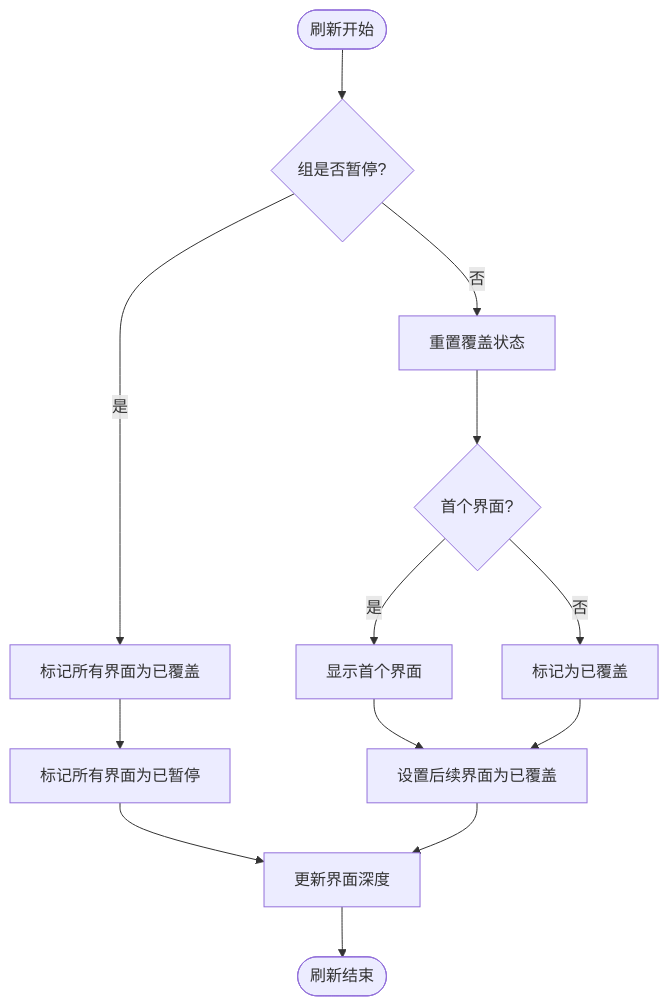
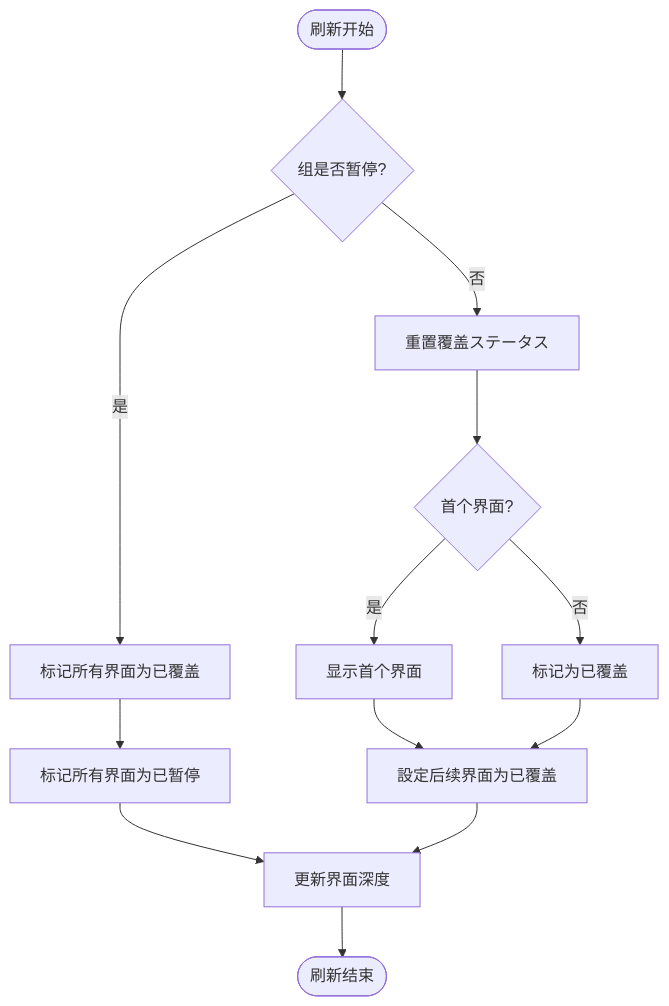
Before and after one commit to AlianBlank/GameFrameX.Docs: the second of 3 diagrams in docs/ja/client/unity/component/ui/14.iuigroup-api.md, drawn with Mermaid. The commit also changed other lines of this file and 603 other files, not shown here.

````diff
--- a/docs/ja/client/unity/component/ui/14.iuigroup-api.md
+++ b/docs/ja/client/unity/component/ui/14.iuigroup-api.md
@@ -88,20 +88,20 @@
 ```mermaid
 flowchart TD
     Start([刷新开始]) --> CheckPause{组是否暂停?}
     
     CheckPause -->|是| MarkCovered[标记所有界面为已覆盖]
     MarkCovered --> MarkPaused[标记所有界面为已暂停]
     MarkPaused --> UpdateDepths[更新界面深度]
     UpdateDepths --> End([刷新结束])
     
-    CheckPause -->|否| ResetCover[重置覆盖状态]
+    CheckPause -->|否| ResetCover[重置覆盖ステータス]
     ResetCover --> FirstForm{首个界面?}
     
     FirstForm -->|是| RevealFirst[显示首个界面]
     FirstForm -->|否| MarkCovered2[标记为已覆盖]
     
-    RevealFirst --> SetCover[设置后续界面为已覆盖]
+    RevealFirst --> SetCover[設定后续界面为已覆盖]
     MarkCovered2 --> SetCover
     
     SetCover --> UpdateDepths
 ```
````
